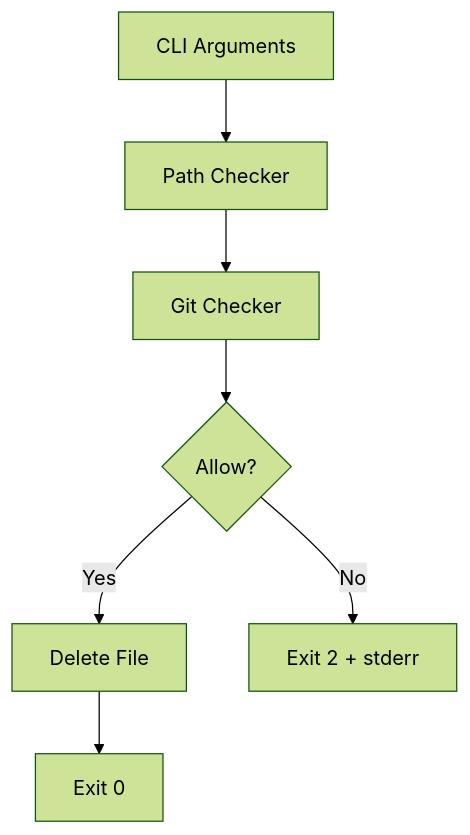
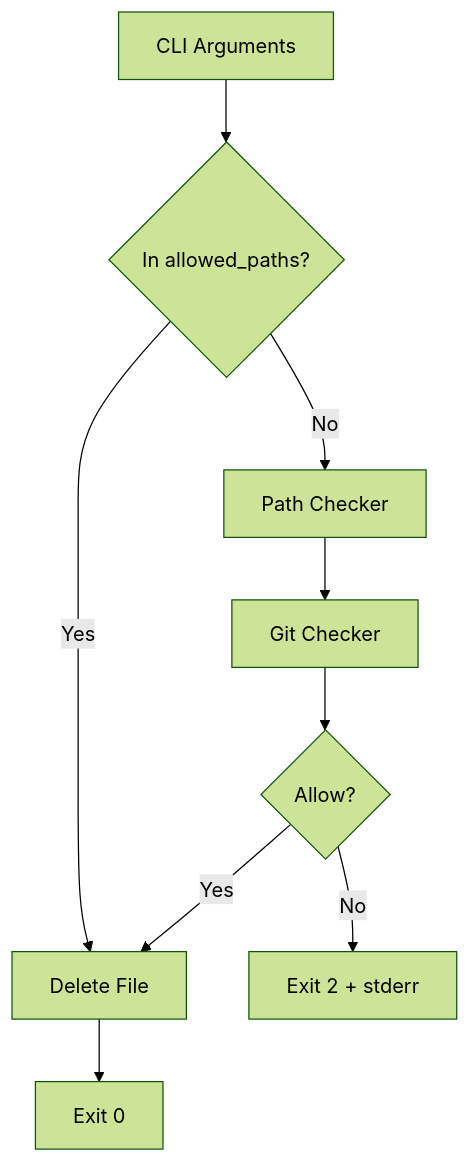
Before and after one commit to owayo/safe-rm: the first of 2 diagrams in README.md, drawn with Mermaid (forest theme). The commit also changed other lines of this file and 8 other files, not shown here.

````diff
--- a/README.md
+++ b/README.md
@@ -90,9 +153,11 @@
 ```mermaid
 flowchart TB
-    CLI[CLI Arguments] --> PathCheck[Path Checker]
+    CLI[CLI Arguments] --> ConfigCheck{In allowed_paths?}
+    ConfigCheck -->|Yes| Delete[Delete File]
+    ConfigCheck -->|No| PathCheck[Path Checker]
     PathCheck --> GitCheck[Git Checker]
     GitCheck --> Result{Allow?}
-    Result -->|Yes| Delete[Delete File]
+    Result -->|Yes| Delete
     Result -->|No| Exit2[Exit 2 + stderr]
     Delete --> Exit0[Exit 0]
 ```
````
